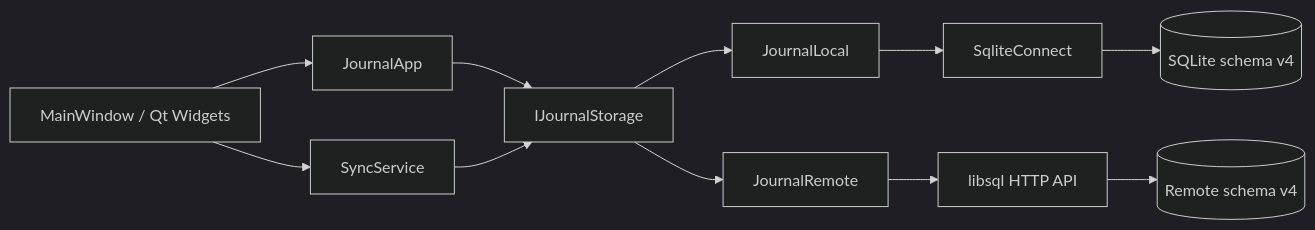
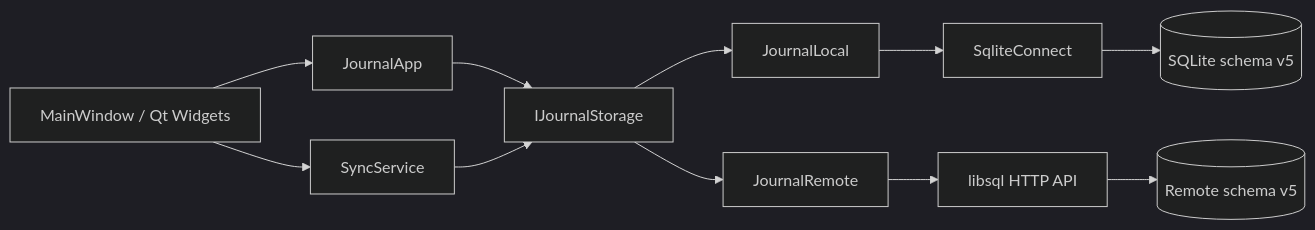
One commit to Satkhar/journal_app changed the diagram in doc/arch.md. Above: the diagram before and after it, drawn with Mermaid (dark theme). The commit also changed other lines of this file and 14 other files, not shown here.

````diff
--- a/doc/arch.md
+++ b/doc/arch.md
@@ -5,13 +5,13 @@
 ```mermaid
 flowchart LR
   UI[MainWindow / Qt Widgets] --> APP[JournalApp]
   APP --> ST[IJournalStorage]
   ST --> LOCAL[JournalLocal]
   ST --> REMOTE[JournalRemote]
   LOCAL --> SQLITE[SqliteConnect]
-  SQLITE --> LDB[(SQLite schema v4)]
+  SQLITE --> LDB[(SQLite schema v5)]
   REMOTE --> API[libsql HTTP API]
-  API --> RDB[(Remote schema v4)]
+  API --> RDB[(Remote schema v5)]
   UI --> SYNC[SyncService]
   SYNC --> ST
 ```
````
